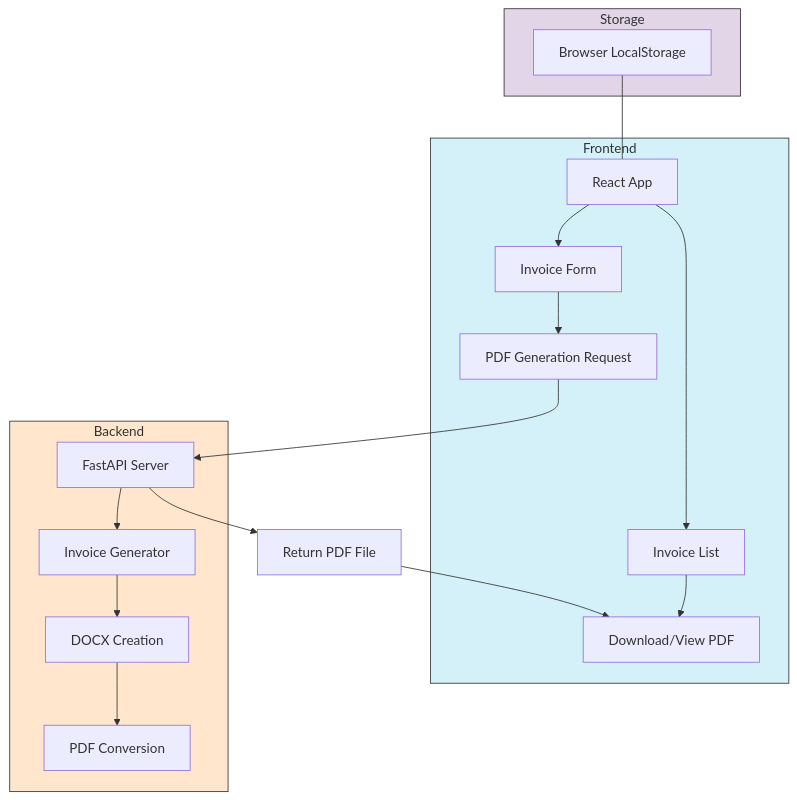
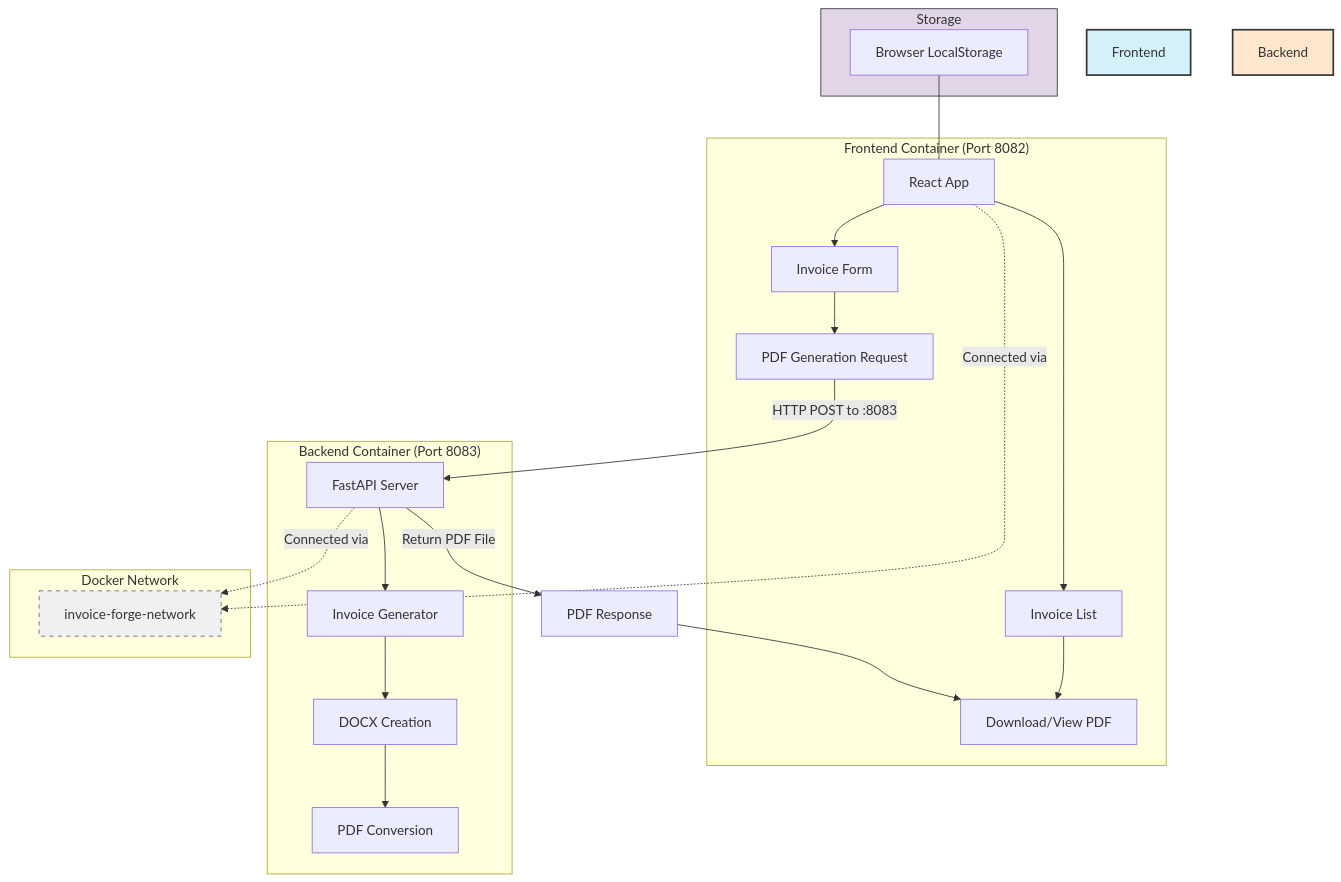
The diagram in README.md (malminhas/invoice-forge), drawn with Mermaid before and after one commit. The commit also changed other lines of this file and 10 other files, not shown here.

````diff
--- a/README.md
+++ b/README.md
@@ -35,27 +35,35 @@
 ```mermaid
 graph TD
-    subgraph Frontend
+    subgraph "Frontend Container (Port 8082)"
         A[React App] --> B[Invoice Form]
         A --> C[Invoice List]
         B --> D[PDF Generation Request]
         C --> E[Download/View PDF]
     end
     
-    subgraph Backend
+    subgraph "Backend Container (Port 8083)"
         F[FastAPI Server] --> G[Invoice Generator]
         G --> H[DOCX Creation]
         H --> I[PDF Conversion]
     end
     
     subgraph Storage
         J[Browser LocalStorage] --- A
     end
     
-    D --> F
-    F --> K[Return PDF File]
-    K --> E
+    subgraph "Docker Network"
+        K[invoice-forge-network]
+    end
     
-    style Frontend fill:#d4f1f9,stroke:#333,stroke-width:1px
-    style Backend fill:#ffe6cc,stroke:#333,stroke-width:1px
+    D -->|"HTTP POST to :8083"| F
+    F -->|"Return PDF File"| L[PDF Response]
+    L --> E
+    
+    A -.->|"Connected via"| K
+    F -.->|"Connected via"| K
+    
+    style Frontend fill:#d4f1f9,stroke:#333,stroke-width:2px
+    style Backend fill:#ffe6cc,stroke:#333,stroke-width:2px
     style Storage fill:#e1d5e7,stroke:#333,stroke-width:1px
+    style K fill:#f0f0f0,stroke:#666,stroke-width:1px,stroke-dasharray: 5 5
 ```
````
